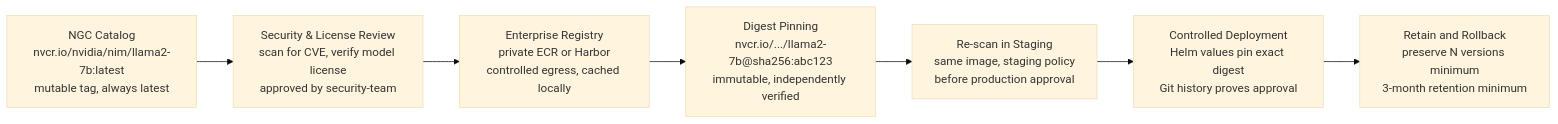
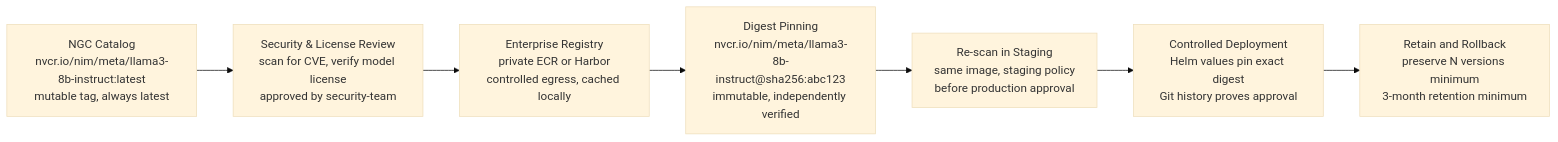
One commit to jithinpnjm/nvidia-devops changed the first of 2 diagrams in docs/nvidia-zero-to-hero/volume-14/chapter-07-ngc-catalog-containers-and-artifacts.md. Above: the diagram before and after it, drawn with Mermaid (base theme). The commit also changed other lines of this file and 289 other files, not shown here.

````diff
--- a/docs/nvidia-zero-to-hero/volume-14/chapter-07-ngc-catalog-containers-and-artifacts.md
+++ b/docs/nvidia-zero-to-hero/volume-14/chapter-07-ngc-catalog-containers-and-artifacts.md
@@ -30,18 +30,18 @@
 ```mermaid
 flowchart LR
-    Catalog["NGC Catalog<br/>nvcr.io/nvidia/nim/llama2-7b:latest<br/>mutable tag, always latest"]
+    Catalog["NGC Catalog<br/>nvcr.io/nim/meta/llama3-8b-instruct:latest<br/>mutable tag, always latest"]
     
     Approve["Security & License Review<br/>scan for CVE, verify model license<br/>approved by security-team"]
     
     Mirror["Enterprise Registry<br/>private ECR or Harbor<br/>controlled egress, cached locally"]
     
-    Pin["Digest Pinning<br/>nvcr.io/.../llama2-7b@sha256:abc123<br/>immutable, independently verified"]
+    Pin["Digest Pinning<br/>nvcr.io/nim/meta/llama3-8b-instruct@sha256:abc123<br/>immutable, independently verified"]
     
     Scan["Re-scan in Staging<br/>same image, staging policy<br/>before production approval"]
     
     Deploy["Controlled Deployment<br/>Helm values pin exact digest<br/>Git history proves approval"]
     
     Retain["Retain and Rollback<br/>preserve N versions minimum<br/>3-month retention minimum"]
 
     Catalog --> Approve --> Mirror --> Pin --> Scan --> Deploy --> Retain
 ```
````
